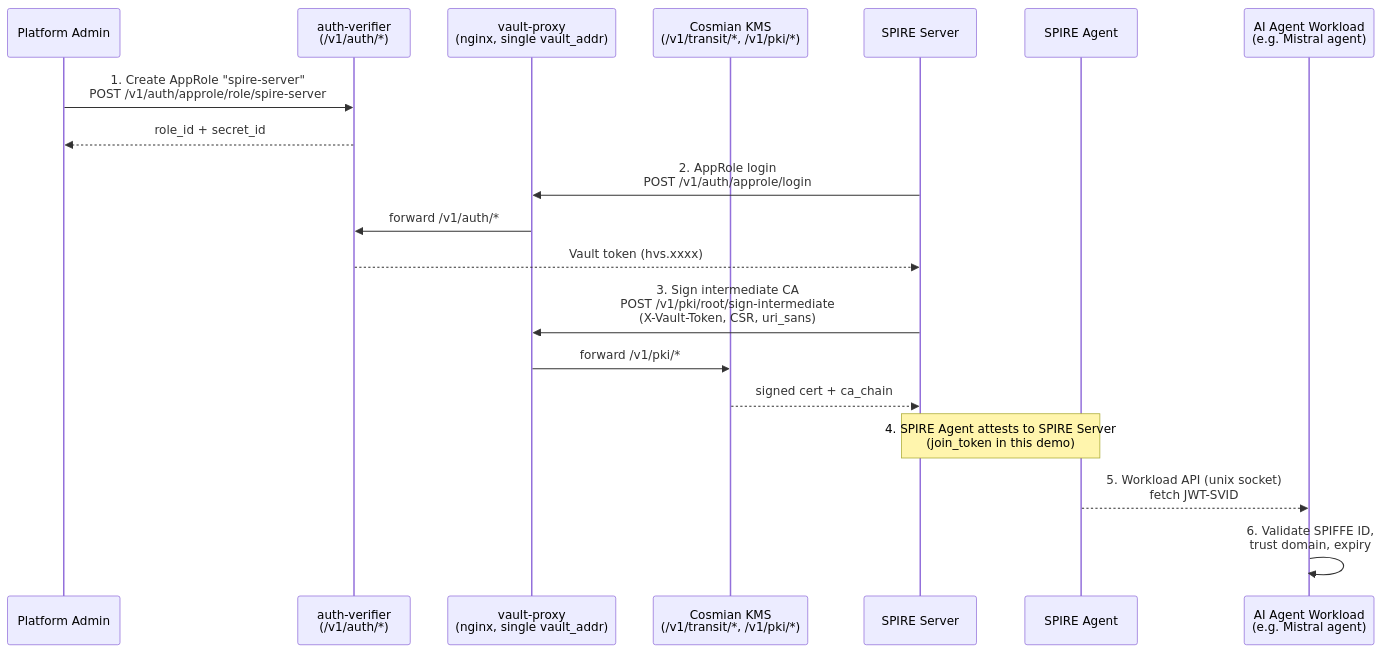
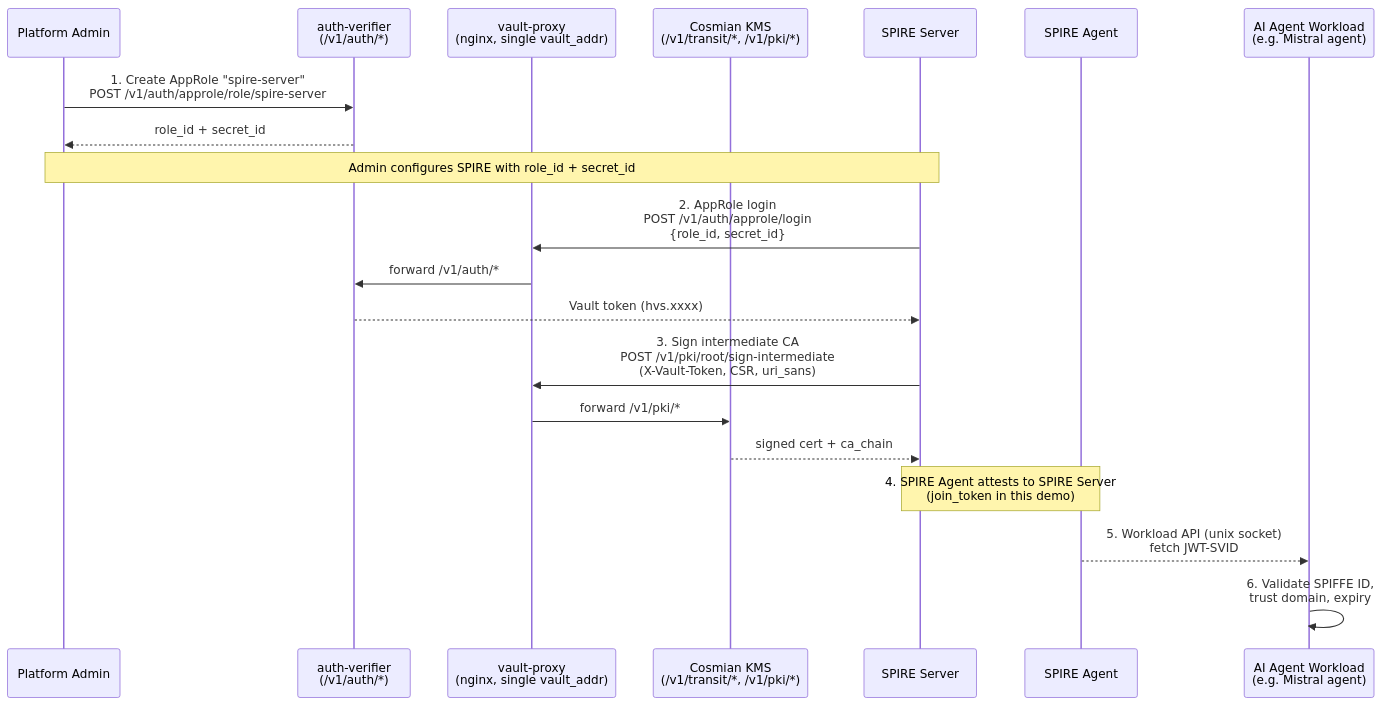
The first of 7 diagrams in documentation/docs/integrations/spire_spiffe.md (Cosmian/kms), drawn with Mermaid before and after one commit. The commit also changed other lines of this file and 1 other file, not shown here.

First line of the commit message:
docs: remove HashiCorp trademark language from SPIRE integration docs

````diff
--- a/documentation/docs/integrations/spire_spiffe.md
+++ b/documentation/docs/integrations/spire_spiffe.md
@@ -12,22 +13,23 @@
 ```mermaid
 sequenceDiagram
     participant Admin as Platform Admin
     participant AuthV as auth-verifier<br/>(/v1/auth/*)
     participant Proxy as vault-proxy<br/>(nginx, single vault_addr)
     participant KMS as Cosmian KMS<br/>(/v1/transit/*, /v1/pki/*)
     participant Server as SPIRE Server
     participant Agent as SPIRE Agent
     participant Mistral as AI Agent Workload<br/>(e.g. Mistral agent)
 
     Admin->>AuthV: 1. Create AppRole "spire-server"<br/>POST /v1/auth/approle/role/spire-server
     AuthV-->>Admin: role_id + secret_id
-    Server->>Proxy: 2. AppRole login<br/>POST /v1/auth/approle/login
+    Note over Admin,Server: Admin configures SPIRE with role_id + secret_id
+    Server->>Proxy: 2. AppRole login<br/>POST /v1/auth/approle/login<br/>{role_id, secret_id}
     Proxy->>AuthV: forward /v1/auth/*
     AuthV-->>Server: Vault token (hvs.xxxx)
     Server->>Proxy: 3. Sign intermediate CA<br/>POST /v1/pki/root/sign-intermediate<br/>(X-Vault-Token, CSR, uri_sans)
     Proxy->>KMS: forward /v1/pki/*
     KMS-->>Server: signed cert + ca_chain
     Note over Server,Agent: 4. SPIRE Agent attests to SPIRE Server<br/>(join_token in this demo)
     Agent-->>Mistral: 5. Workload API (unix socket)<br/>fetch JWT-SVID
     Mistral->>Mistral: 6. Validate SPIFFE ID,<br/>trust domain, expiry
 ```
````
